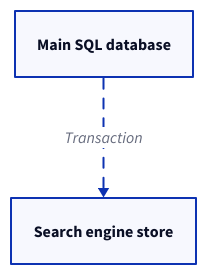
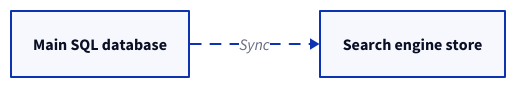
Before and after one commit to link1905/system-design-101: diagram 15 of 17 in content/docs/design-patterns/event-driven-architecture/event-sourcing.md, drawn with D2. The commit also changed other lines of this file and 11 other files, not shown here.

````diff
--- a/content/docs/design-patterns/event-driven-architecture/event-sourcing.md
+++ b/content/docs/design-patterns/event-driven-architecture/event-sourcing.md
@@ -643,11 +582,12 @@
 ```d2
+direction: right
 main: Main SQL database {
     class: db
 }
 s: Search engine store {
     class: se
 }
-main -> s: Transaction {
+main -> s: Sync {
     style.animated: true
 }
 ```
````
